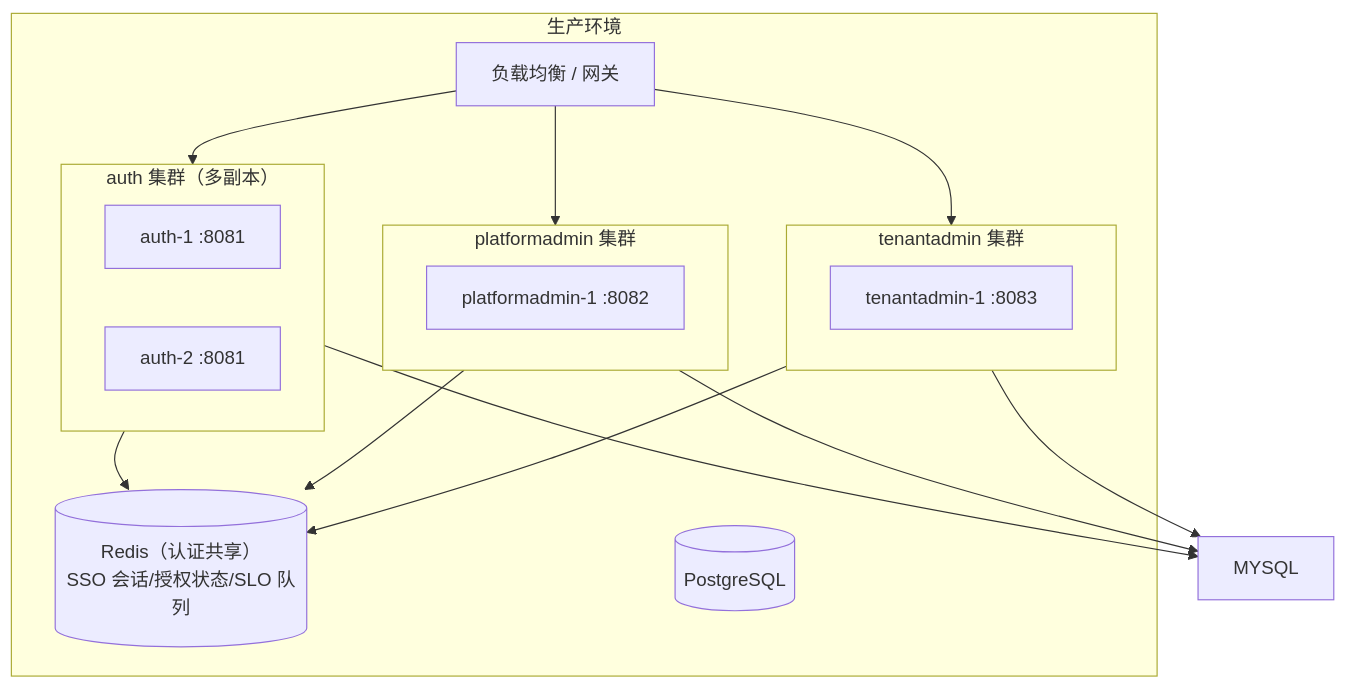
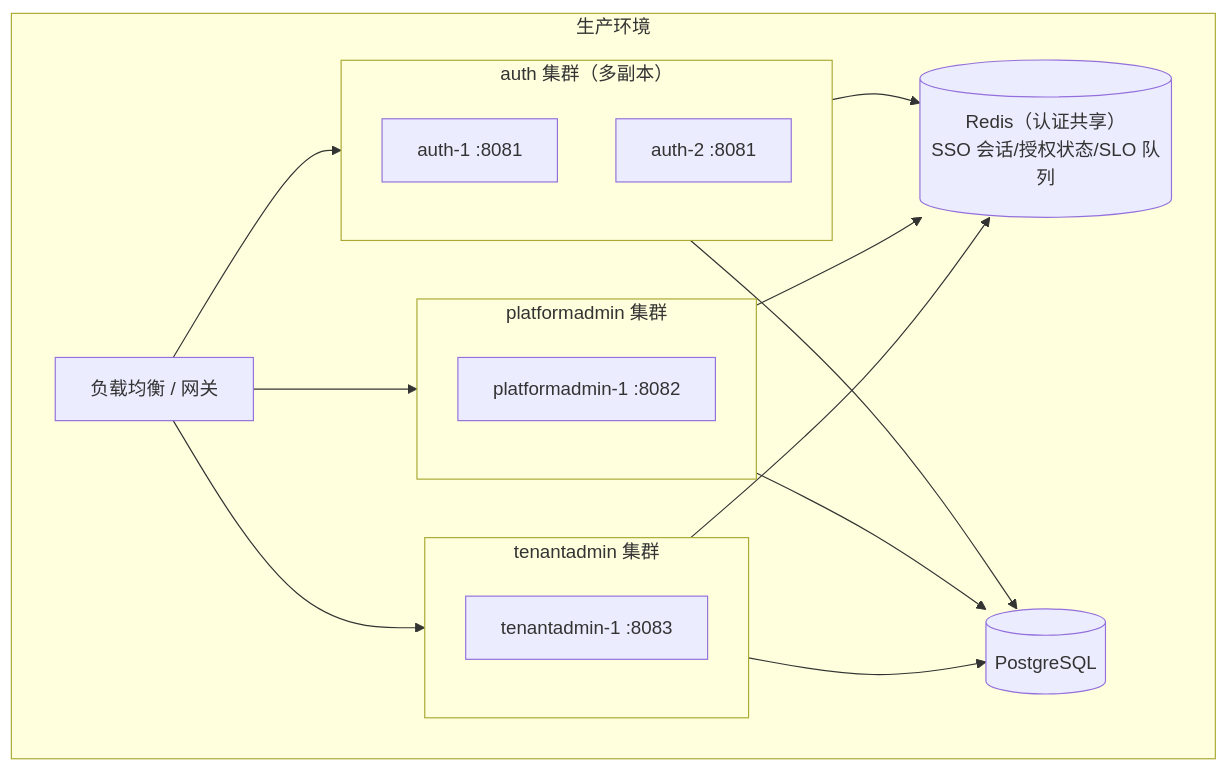
One commit to morehao/ark-iam changed the second of 2 diagrams in docs/design/run-and-deploy.md. Above: the diagram before and after it, drawn with Mermaid. The commit also changed other lines of this file and 100 other files, not shown here.

````diff
--- a/docs/design/run-and-deploy.md
+++ b/docs/design/run-and-deploy.md
@@ -209,27 +218,27 @@
 ```mermaid
 flowchart TB
     subgraph PROD["生产环境"]
         LB["负载均衡 / 网关"]
         subgraph AUTH_CLUS["auth 集群（多副本）"]
             A1["auth-1 :8081"]
             A2["auth-2 :8081"]
         end
         subgraph PLAT_CLUS["platformadmin 集群"]
             P1["platformadmin-1 :8082"]
         end
         subgraph TEN_CLUS["tenantadmin 集群"]
             T1["tenantadmin-1 :8083"]
         end
         REDIS_SHARED[("Redis（认证共享）<br/>SSO 会话/授权状态/SLO 队列")]
         PG[("PostgreSQL")]
     end
     LB --> AUTH_CLUS
     LB --> PLAT_CLUS
     LB --> TEN_CLUS
     AUTH_CLUS --> REDIS_SHARED
     PLAT_CLUS --> REDIS_SHARED
     TEN_CLUS --> REDIS_SHARED
-    AUTH_CLUS --> MYSQL
-    PLAT_CLUS --> MYSQL
-    TEN_CLUS --> MYSQL
+    AUTH_CLUS --> PG
+    PLAT_CLUS --> PG
+    TEN_CLUS --> PG
 ```
````
